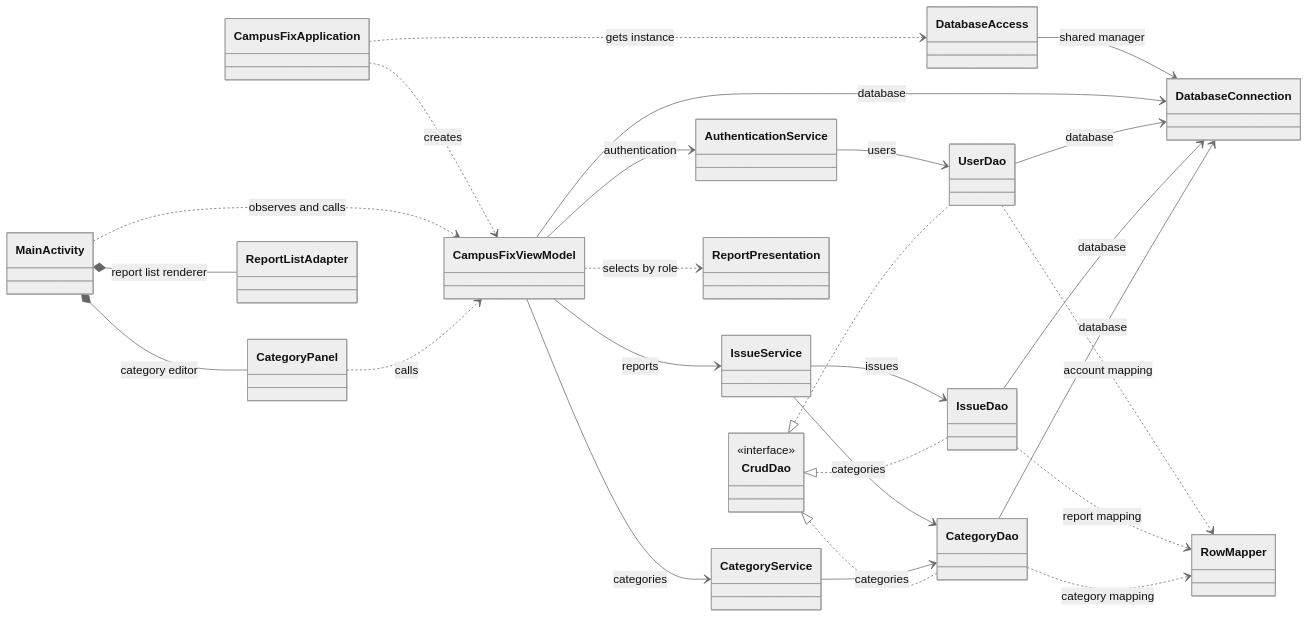
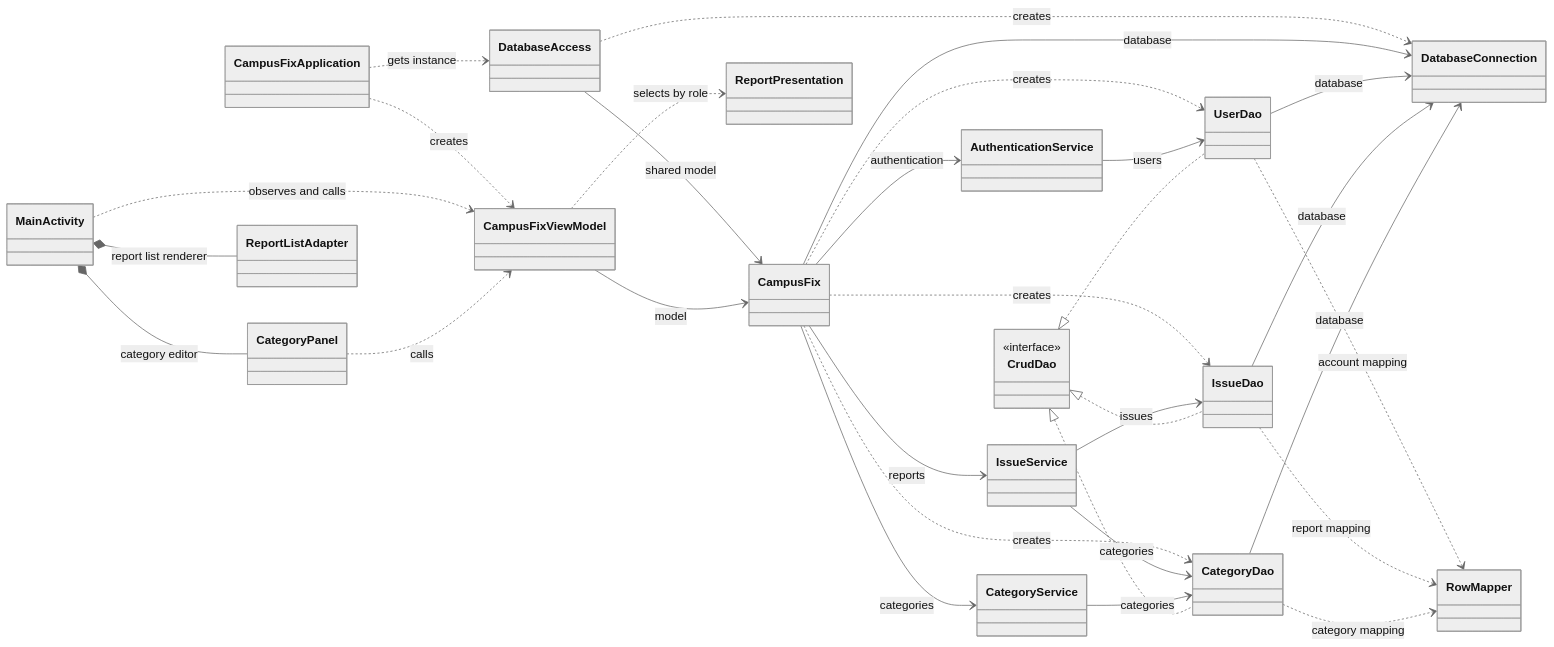
One commit to dfernq/inso-2026-2027-campus-fix changed the diagram in docs/android.md. Above: the diagram before and after it, drawn with Mermaid (neutral theme). The commit also changed other lines of this file and 3 other files, not shown here.

````diff
--- a/docs/android.md
+++ b/docs/android.md
@@ -157,32 +174,37 @@
 ```mermaid
 classDiagram
     direction LR
     class CrudDao {
         <<interface>>
     }
     CampusFixApplication ..> CampusFixViewModel : creates
     CampusFixApplication ..> DatabaseAccess : gets instance
-    DatabaseAccess --> DatabaseConnection : shared manager
+    DatabaseAccess --> CampusFix : shared model
+    DatabaseAccess ..> DatabaseConnection : creates
     MainActivity ..> CampusFixViewModel : observes and calls
     MainActivity *-- CategoryPanel : category editor
     MainActivity *-- ReportListAdapter : report list renderer
     CategoryPanel ..> CampusFixViewModel : calls
-    CampusFixViewModel --> DatabaseConnection : database
-    CampusFixViewModel --> AuthenticationService : authentication
-    CampusFixViewModel --> IssueService : reports
+    CampusFixViewModel --> CampusFix : model
     CampusFixViewModel ..> ReportPresentation : selects by role
-    CampusFixViewModel --> CategoryService : categories
+    CampusFix --> DatabaseConnection : database
+    CampusFix --> AuthenticationService : authentication
+    CampusFix --> IssueService : reports
+    CampusFix --> CategoryService : categories
+    CampusFix ..> UserDao : creates
+    CampusFix ..> IssueDao : creates
+    CampusFix ..> CategoryDao : creates
     AuthenticationService --> UserDao : users
     IssueService --> IssueDao : issues
     IssueService --> CategoryDao : categories
     CategoryService --> CategoryDao : categories
     UserDao --> DatabaseConnection : database
     IssueDao --> DatabaseConnection : database
     CategoryDao --> DatabaseConnection : database
     UserDao ..> RowMapper : account mapping
     IssueDao ..> RowMapper : report mapping
     CategoryDao ..> RowMapper : category mapping
     CrudDao <|.. UserDao
     CrudDao <|.. IssueDao
     CrudDao <|.. CategoryDao
 ```
````
